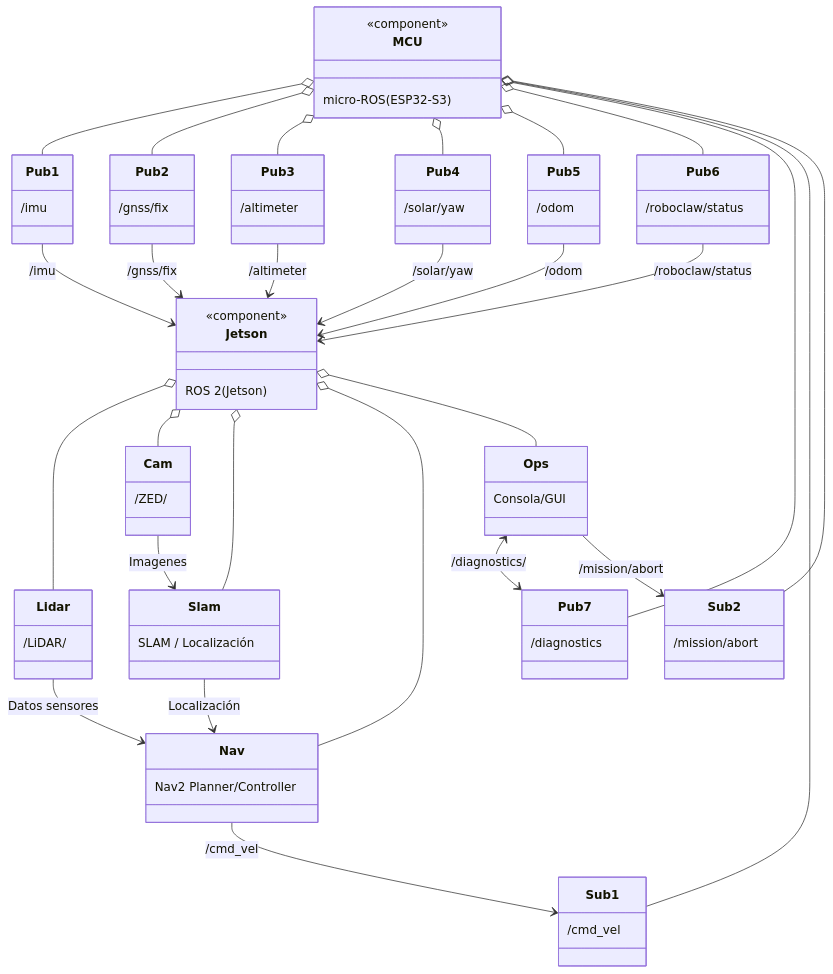
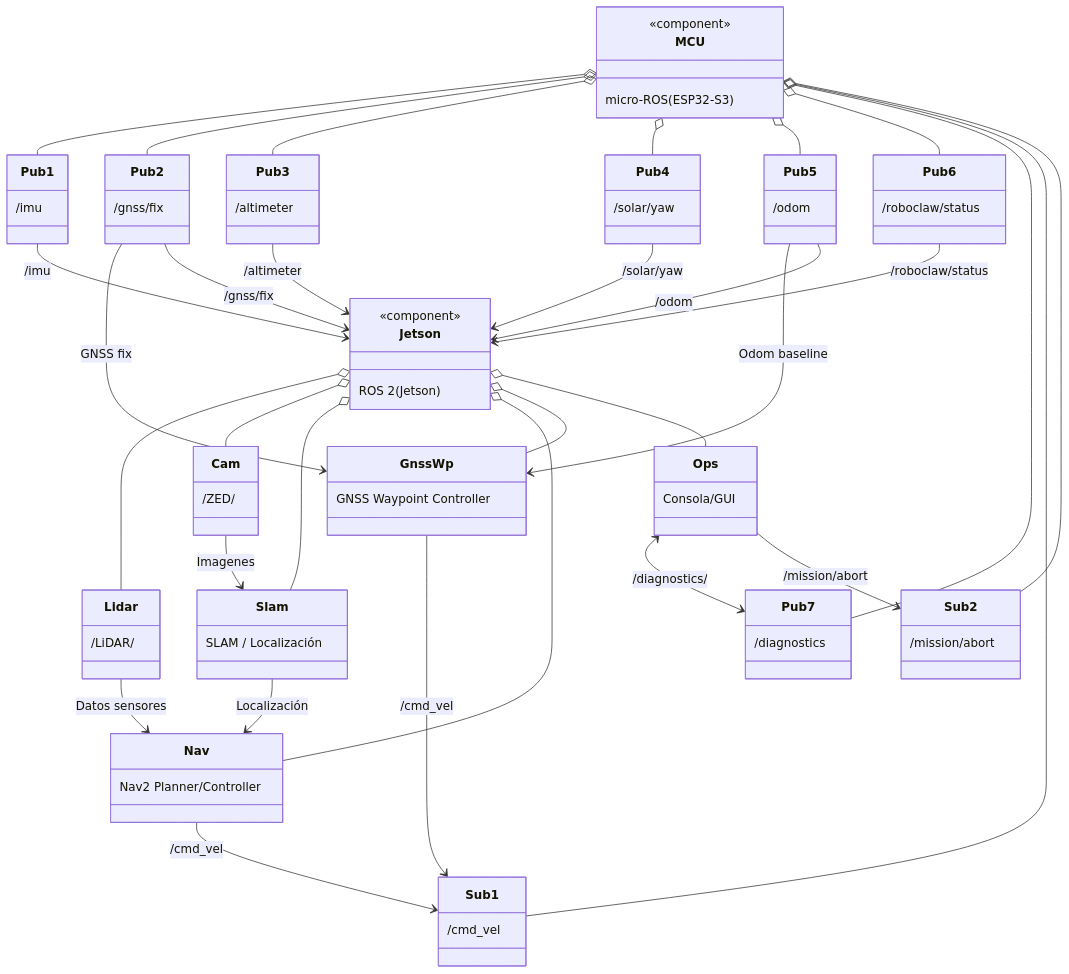
Before and after one commit to MarsRoverUdeGSpace/AutoNav_Mission_2026: the diagram in Docs/README.md, drawn with Mermaid. The commit also changed other lines of this file and 2 other files, not shown here.

Commit message:
docs(release): document stable gnss waypoint release

`````diff
--- a/Docs/README.md
+++ b/Docs/README.md
@@ -14,73 +36,80 @@
 ```mermaid
 %% ROS 2 topic Map con relaciones UML
 classDiagram
 
 %% Main Blocks
 class Jetson {
   <<component>>
   ROS 2 (Jetson)
 }
 class MCU {
   <<component>>
   micro-ROS (ESP32-S3)
 }
 
 %% Jetson Modules and sensors 
 class Lidar {
   /LiDAR/
 }
 class Cam {
   /ZED/
 }
 class Slam {
   SLAM / Localización
 }
 class Nav {
   Nav2 Planner/Controller
 }
+class GnssWp {
+  GNSS Waypoint Controller
+}
 class Ops {
   Consola/GUI
 }
 
 %% Topics de sensores del MCU
 class Pub1 { /imu }
 class Pub2 { /gnss/fix }
 class Pub3 { /altimeter }
 class Pub4 { /solar/yaw }
 class Pub5 { /odom }
 class Pub6 { /roboclaw/status }
 class Pub7 { /diagnostics }
 class Sub1 { /cmd_vel }
 class Sub2 { /mission/abort }
 
 %% Relaciones de agregación (COMPONENTES->SUBSISTEMAS)
 Jetson o-- Lidar
 Jetson o-- Cam
 Jetson o-- Slam
 Jetson o-- Nav
+Jetson o-- GnssWp
 Jetson o-- Ops
 
 MCU o-- Pub1
 MCU o-- Pub2
 MCU o-- Pub3
 MCU o-- Pub4
 MCU o-- Pub5
 MCU o-- Pub6
 MCU o-- Pub7
 MCU o-- Sub1
 MCU o-- Sub2
 
 %% Relaciones (ASOCIACIONES Y DEPENDENCIAS)
 Lidar --> Nav : Datos sensores
 Cam --> Slam   : Imagenes
 Slam --> Nav   : Localización
+Pub2 --> GnssWp: GNSS fix
+Pub5 --> GnssWp: Odom baseline
+GnssWp --> Sub1: /cmd_vel
 Ops <--> Pub7  : /diagnostics/
 Nav --> Sub1   : /cmd_vel
 Ops --> Sub2   : /mission/abort
 Pub1 --> Jetson: /imu
 Pub2 --> Jetson: /gnss/fix
 Pub3 --> Jetson: /altimeter
 Pub4 --> Jetson: /solar/yaw
 Pub5 --> Jetson: /odom
 Pub6 --> Jetson: /roboclaw/status
 ````
`````
